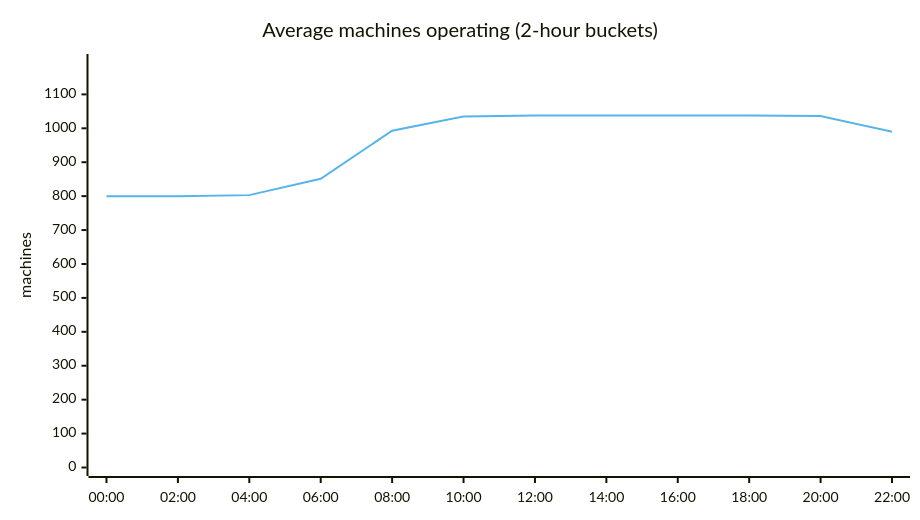
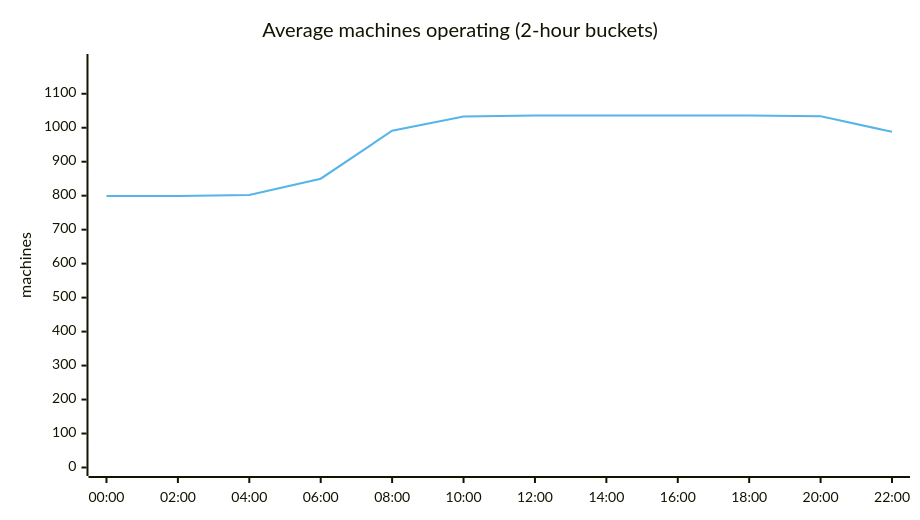
One commit to cheeaun/returnright-data changed the third of 7 diagrams in ANALYSIS.md. Above: the diagram before and after it, drawn with Mermaid. The commit also changed other lines of this file and 3 other files, not shown here.

````diff
--- a/ANALYSIS.md
+++ b/ANALYSIS.md
@@ -92,15 +90,15 @@
 ```mermaid
 ---
 config:
   themeVariables:
     xyChart:
       plotColorPalette: "#56B4E9"
   xyChart:
     width: 900
 ---
 xychart-beta
     title "Average machines operating (2-hour buckets)"
     x-axis ["00:00", "02:00", "04:00", "06:00", "08:00", "10:00", "12:00", "14:00", "16:00", "18:00", "20:00", "22:00"]
-    y-axis "machines" 0 --> 1194
-    line [800, 800, 803, 851, 993, 1035, 1038, 1038, 1038, 1038, 1036, 990]
+    y-axis "machines" 0 --> 1192
+    line [799, 799, 802, 850, 991, 1033, 1036, 1036, 1036, 1036, 1034, 988]
 ```
````
